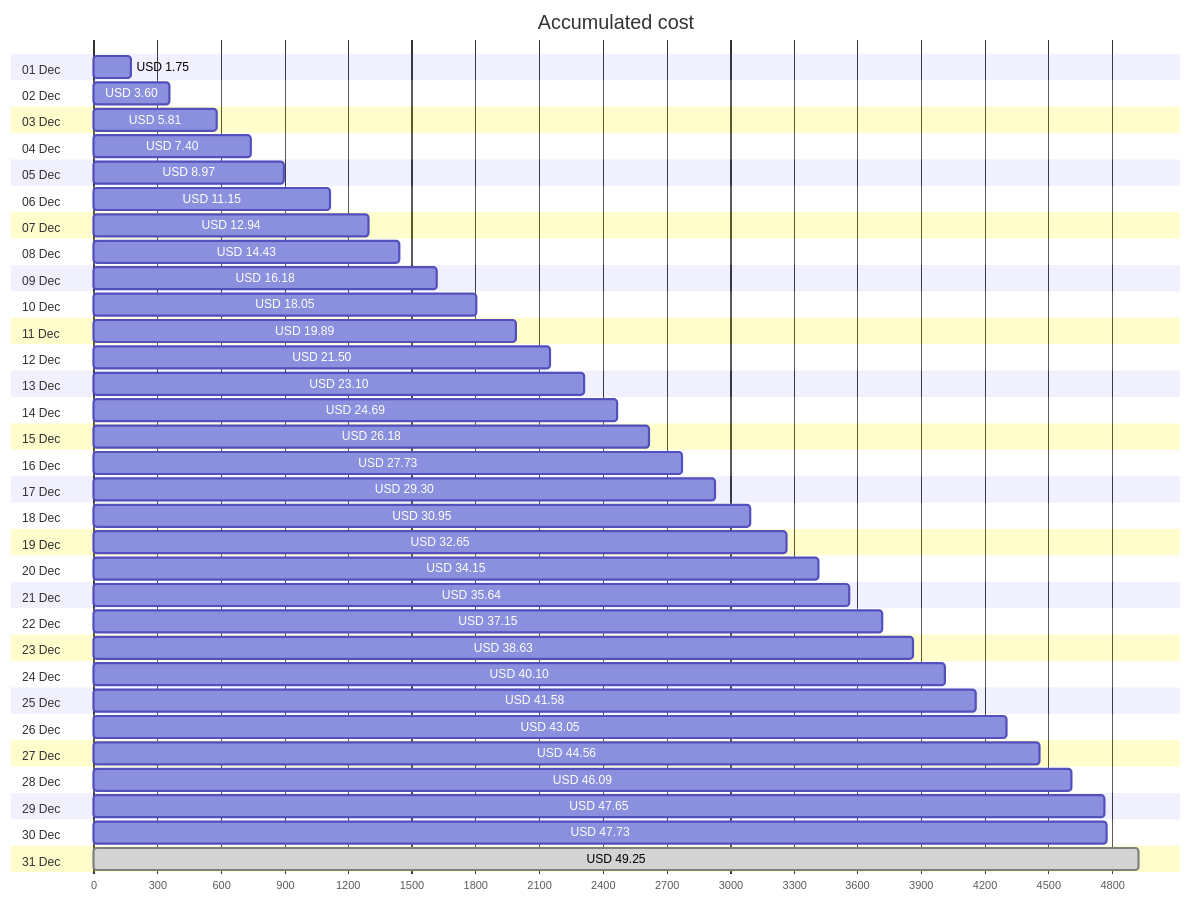
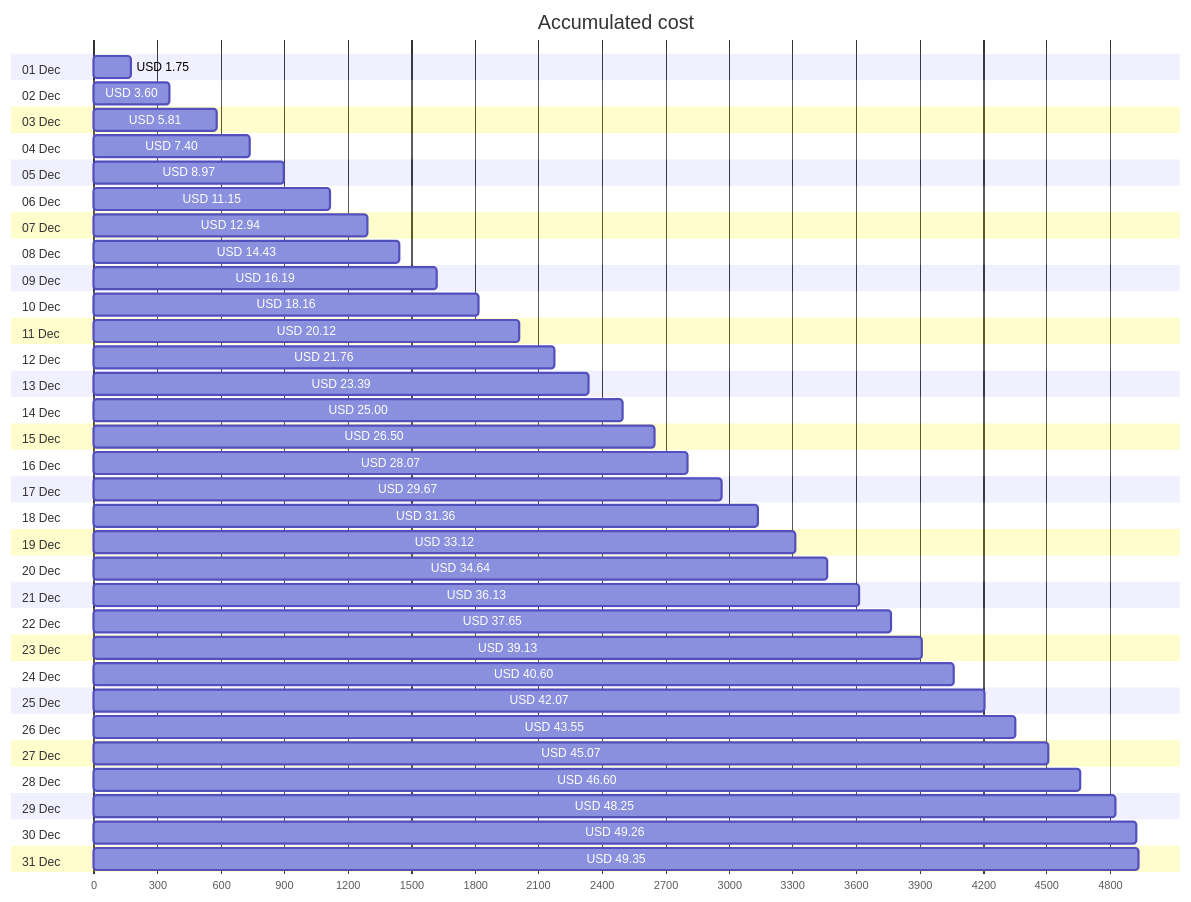
One commit to jpfulton/azure-personal-reports changed the first of 4 diagrams in cost-reports/personal-network/README.md. Above: the diagram before and after it, drawn with Mermaid. The commit also changed other lines of this file and 8 other files, not shown here.

````diff
--- a/cost-reports/personal-network/README.md
+++ b/cost-reports/personal-network/README.md
@@ -20,68 +20,68 @@
 ```mermaid
 gantt
    title Accumulated cost
    dateFormat  X
    axisFormat %s
    section 01 Dec
    USD 1.75 :0, 175
    section 02 Dec
    USD 3.60 :0, 360
    section 03 Dec
    USD 5.81 :0, 581
    section 04 Dec
    USD 7.40 :0, 740
    section 05 Dec
    USD 8.97 :0, 897
    section 06 Dec
    USD 11.15 :0, 1115
    section 07 Dec
    USD 12.94 :0, 1294
    section 08 Dec
    USD 14.43 :0, 1443
    section 09 Dec
-   USD 16.18 :0, 1618
+   USD 16.19 :0, 1619
    section 10 Dec
-   USD 18.05 :0, 1805
+   USD 18.16 :0, 1816
    section 11 Dec
-   USD 19.89 :0, 1989
+   USD 20.12 :0, 2012
    section 12 Dec
-   USD 21.50 :0, 2150
+   USD 21.76 :0, 2176
    section 13 Dec
-   USD 23.10 :0, 2310
+   USD 23.39 :0, 2339
    section 14 Dec
-   USD 24.69 :0, 2469
+   USD 25.00 :0, 2500
    section 15 Dec
-   USD 26.18 :0, 2618
+   USD 26.50 :0, 2650
    section 16 Dec
-   USD 27.73 :0, 2773
+   USD 28.07 :0, 2807
    section 17 Dec
-   USD 29.30 :0, 2930
+   USD 29.67 :0, 2967
    section 18 Dec
-   USD 30.95 :0, 3095
+   USD 31.36 :0, 3136
    section 19 Dec
-   USD 32.65 :0, 3265
+   USD 33.12 :0, 3312
    section 20 Dec
-   USD 34.15 :0, 3415
+   USD 34.64 :0, 3464
    section 21 Dec
-   USD 35.64 :0, 3564
+   USD 36.13 :0, 3613
    section 22 Dec
-   USD 37.15 :0, 3715
+   USD 37.65 :0, 3765
    section 23 Dec
-   USD 38.63 :0, 3863
+   USD 39.13 :0, 3913
    section 24 Dec
-   USD 40.10 :0, 4010
+   USD 40.60 :0, 4060
    section 25 Dec
-   USD 41.58 :0, 4158
+   USD 42.07 :0, 4207
    section 26 Dec
-   USD 43.05 :0, 4305
+   USD 43.55 :0, 4355
    section 27 Dec
-   USD 44.56 :0, 4456
+   USD 45.07 :0, 4507
    section 28 Dec
-   USD 46.09 :0, 4609
+   USD 46.60 :0, 4660
    section 29 Dec
-   USD 47.65 :0, 4765
+   USD 48.25 :0, 4825
    section 30 Dec
-   USD 47.73 :0, 4773
+   USD 49.26 :0, 4926
    section 31 Dec
-   USD 49.25 : done, 0, 4925
+   USD 49.35 :0, 4935
 ```
````
